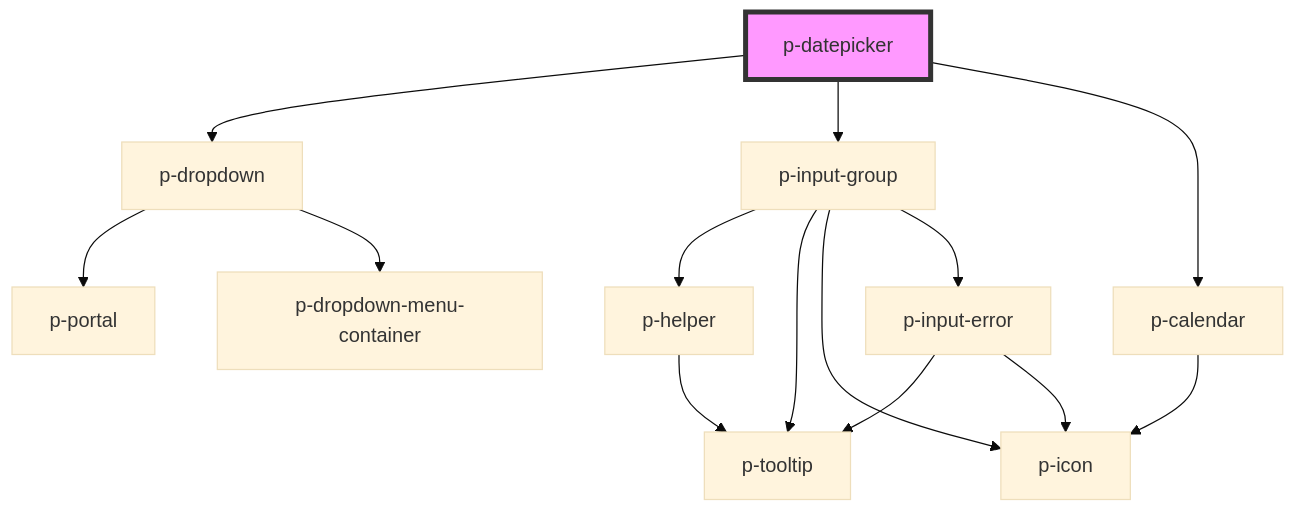
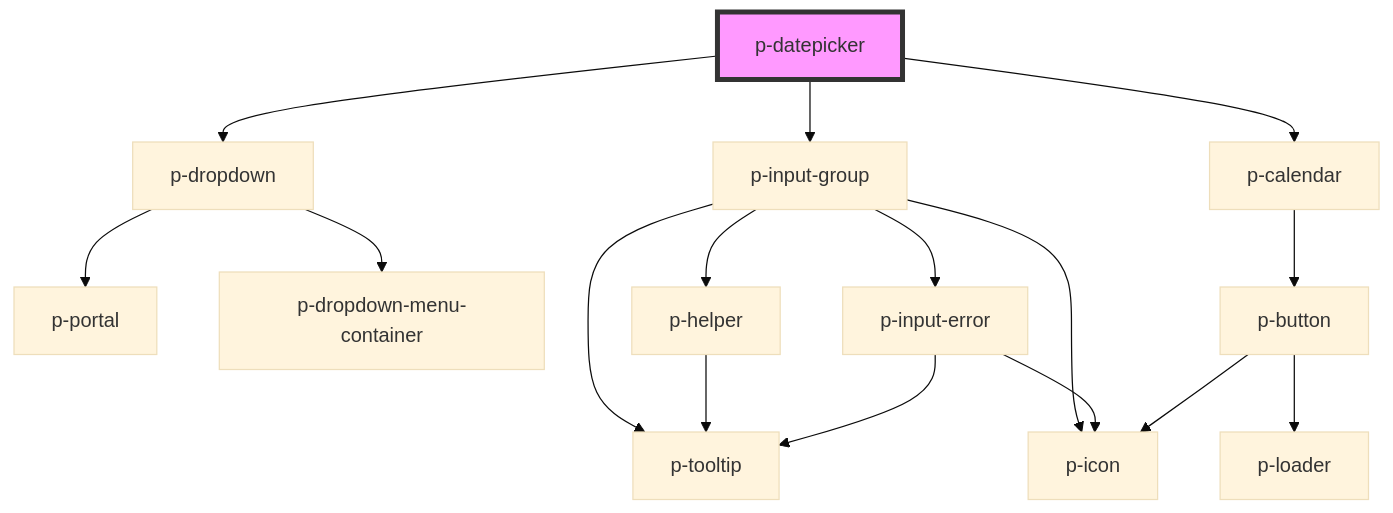
Before and after one commit to Employes/Paperless: the diagram in packages/core/src/components/molecules/datepicker/readme.md, drawn with Mermaid (base theme). The commit also changed 9 other files, not shown here.

````diff
--- a/packages/core/src/components/molecules/datepicker/readme.md
+++ b/packages/core/src/components/molecules/datepicker/readme.md
@@ -55,17 +55,19 @@
 ```mermaid
 graph TD;
   p-datepicker --> p-dropdown
   p-datepicker --> p-input-group
   p-datepicker --> p-calendar
   p-dropdown --> p-portal
   p-dropdown --> p-dropdown-menu-container
   p-input-group --> p-helper
   p-input-group --> p-tooltip
   p-input-group --> p-icon
   p-input-group --> p-input-error
   p-helper --> p-tooltip
   p-input-error --> p-tooltip
   p-input-error --> p-icon
-  p-calendar --> p-icon
+  p-calendar --> p-button
+  p-button --> p-icon
+  p-button --> p-loader
   style p-datepicker fill:#f9f,stroke:#333,stroke-width:4px
 ```
````
